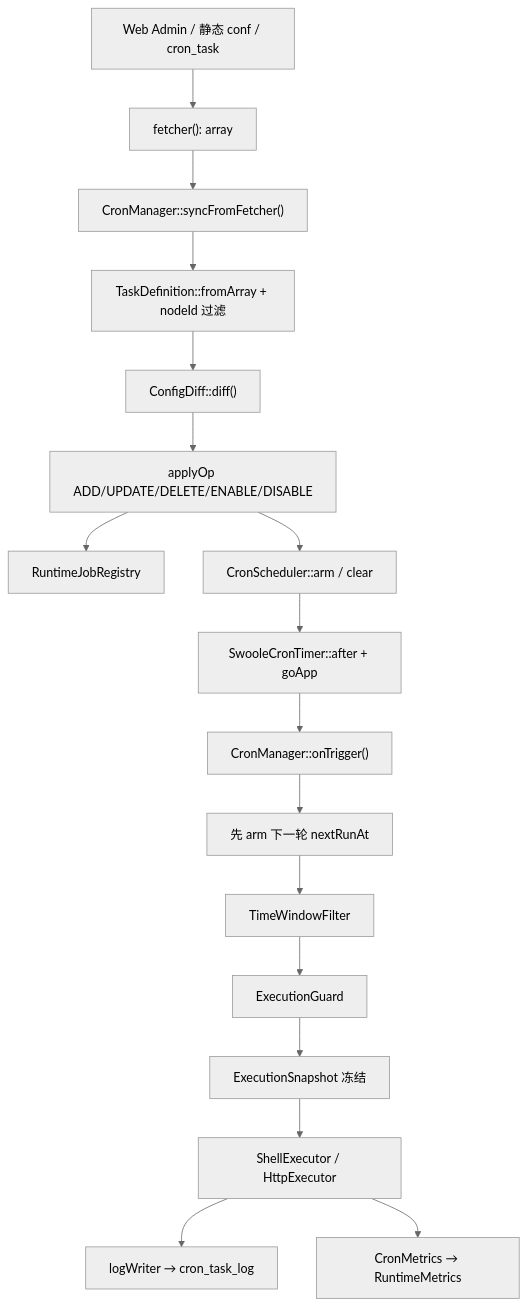
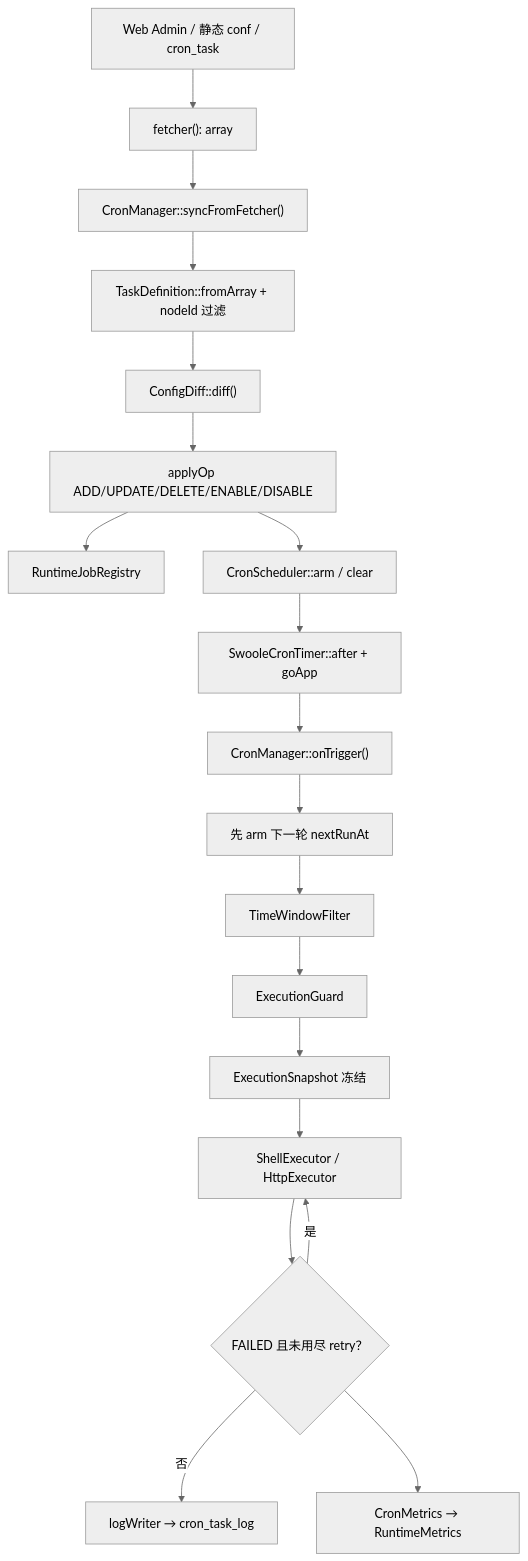
Before and after one commit to bingcool/swoolefy: the second of 3 diagrams in src/Worker/Cron/README.md, drawn with Mermaid (neutral theme). The commit also changed other lines of this file and 17 other files, not shown here.

````diff
--- a/src/Worker/Cron/README.md
+++ b/src/Worker/Cron/README.md
@@ -84,19 +84,21 @@
 ```mermaid
 flowchart TB
     Admin["Web Admin / 静态 conf / cron_task"] --> Fetcher["fetcher(): array"]
     Fetcher --> Sync["CronManager::syncFromFetcher()"]
     Sync --> Norm["TaskDefinition::fromArray + nodeId 过滤"]
     Norm --> Diff["ConfigDiff::diff()"]
     Diff --> Apply["applyOp ADD/UPDATE/DELETE/ENABLE/DISABLE"]
     Apply --> Registry["RuntimeJobRegistry"]
     Apply --> Scheduler["CronScheduler::arm / clear"]
     Scheduler --> Timer["SwooleCronTimer::after + goApp"]
     Timer --> Trigger["CronManager::onTrigger()"]
     Trigger --> ArmNext["先 arm 下一轮 nextRunAt"]
     ArmNext --> Window["TimeWindowFilter"]
     Window --> Guard["ExecutionGuard"]
     Guard --> Snap["ExecutionSnapshot 冻结"]
     Snap --> Exec["ShellExecutor / HttpExecutor"]
-    Exec --> Log["logWriter → cron_task_log"]
-    Exec --> Metrics["CronMetrics → RuntimeMetrics"]
+    Exec --> Retry{"FAILED 且未用尽 retry？"}
+    Retry -->|是| Exec
+    Retry -->|否| Log["logWriter → cron_task_log"]
+    Retry --> Metrics["CronMetrics → RuntimeMetrics"]
 ```
````
